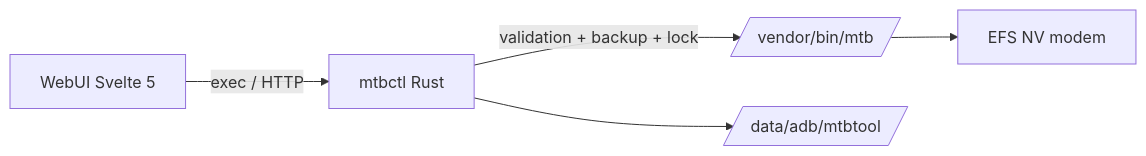
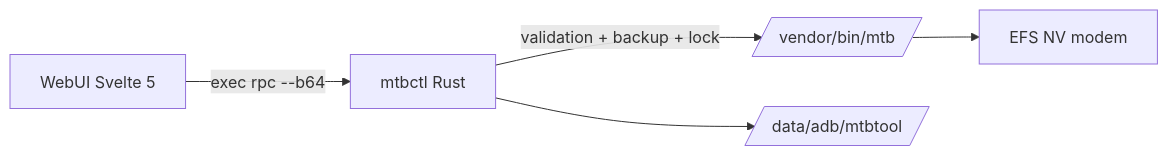
One commit to Alfnnnnyy/mtbtool-module changed the diagram in README.md. Above: the diagram before and after it, drawn with Mermaid. The commit also changed other lines of this file and 31 other files, not shown here.

First line of the commit message:
security: v1.0.1 audit fixes — RPC-only bridge, no HTTP daemon, backup integrity

````diff
--- a/README.md
+++ b/README.md
@@ -110,7 +111,7 @@
 ```mermaid
 flowchart LR
-    W[WebUI Svelte 5] -->|exec / HTTP| B[mtbctl Rust]
+    W[WebUI Svelte 5] -->|exec rpc --b64| B[mtbctl Rust]
     B -->|validation + backup + lock| M[/vendor/bin/mtb/]
     M --> E[EFS NV modem]
     B --> D[/data/adb/mtbtool/]
 ```
````
